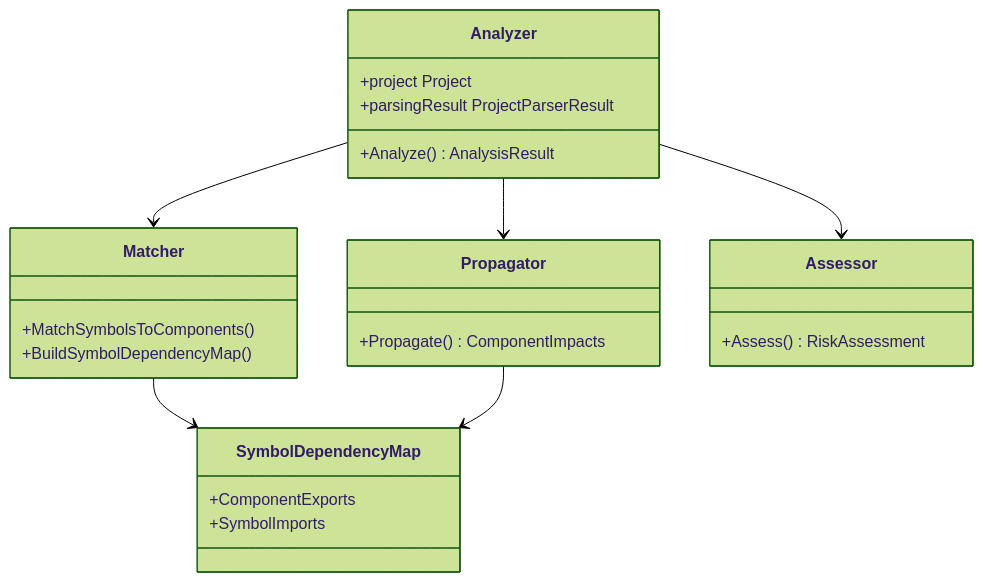
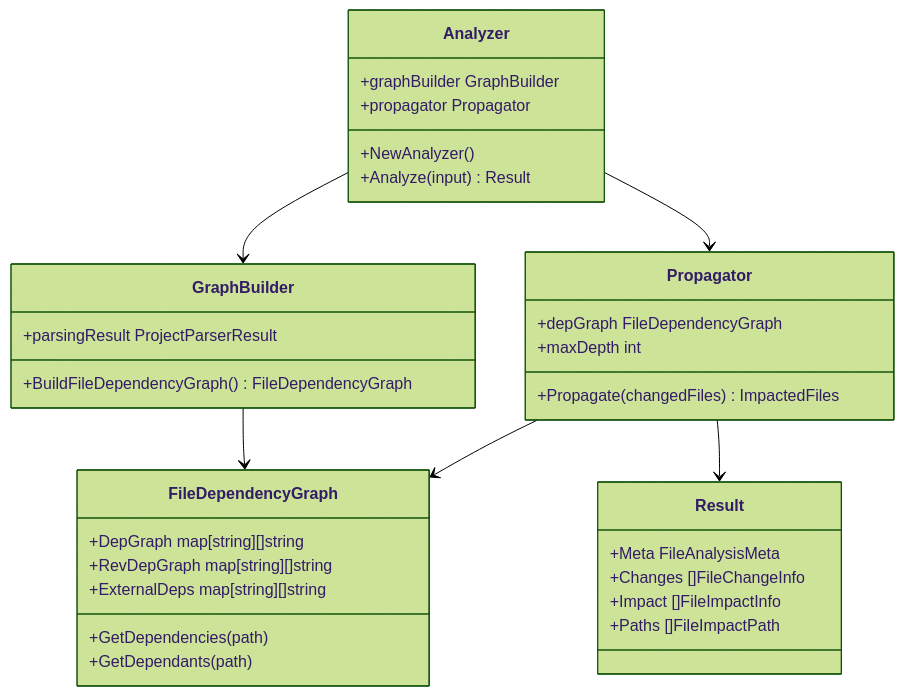
Before and after one commit to Flying-Bird1999/analyzer-ts: the sixth of 13 diagrams in pkg/ARCHITECTURE.md, drawn with Mermaid (forest theme). The commit also changed other lines of this file and 64 other files, not shown here.

````diff
--- a/pkg/ARCHITECTURE.md
+++ b/pkg/ARCHITECTURE.md
@@ -259,32 +328,41 @@
 ```mermaid
 classDiagram
     class Analyzer {
-        +project Project
-        +parsingResult ProjectParserResult
-        +Analyze() AnalysisResult
+        +graphBuilder GraphBuilder
+        +propagator Propagator
+        +NewAnalyzer()
+        +Analyze(input) Result
     }
 
-    class Matcher {
-        +MatchSymbolsToComponents()
-        +BuildSymbolDependencyMap()
+    class GraphBuilder {
+        +parsingResult ProjectParserResult
+        +BuildFileDependencyGraph() FileDependencyGraph
+    }
+
+    class FileDependencyGraph {
+        +DepGraph map[string][]string
+        +RevDepGraph map[string][]string
+        +ExternalDeps map[string][]string
+        +GetDependencies(path)
+        +GetDependants(path)
     }
 
     class Propagator {
-        +Propagate() ComponentImpacts
+        +depGraph FileDependencyGraph
+        +maxDepth int
+        +Propagate(changedFiles) ImpactedFiles
     }
 
-    class Assessor {
-        +Assess() RiskAssessment
+    class Result {
+        +Meta FileAnalysisMeta
+        +Changes []FileChangeInfo
+        +Impact []FileImpactInfo
+        +Paths []FileImpactPath
     }
 
-    class SymbolDependencyMap {
-        +ComponentExports
-        +SymbolImports
-    }
-
-    Analyzer --> Matcher
+    Analyzer --> GraphBuilder
     Analyzer --> Propagator
-    Analyzer --> Assessor
-    Matcher --> SymbolDependencyMap
-    Propagator --> SymbolDependencyMap
+    GraphBuilder --> FileDependencyGraph
+    Propagator --> FileDependencyGraph
+    Propagator --> Result
 ```
````
